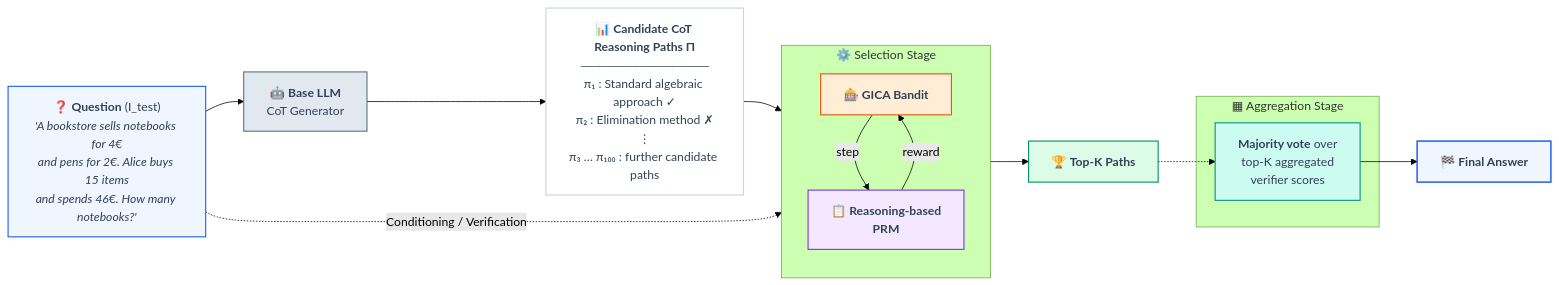
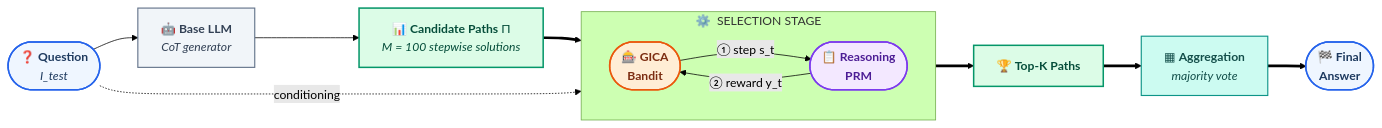
One commit to mohsen1amiri/GICA changed the first of 3 diagrams in README.md. Above: the diagram before and after it, drawn with Mermaid (forest theme). The commit also changed other lines of this file, not shown here.

First line of the commit message:
Improve README with clearer explanations and diagrams

````diff
--- a/README.md
+++ b/README.md
@@ -214,45 +214,36 @@
 ```mermaid
 flowchart LR
-    Q["❓ <b>Question</b> (I_test)<br/><i>'A bookstore sells notebooks for 4€<br/>and pens for 2€. Alice buys 15 items<br/>and spends 46€. How many notebooks?'</i>"]
-    LLM["🤖 <b>Base LLM</b><br/>CoT Generator"]
-    PATHS["📊 <b>Candidate CoT Reasoning Paths Π</b><br/>──────────────<br/>π₁ : Standard algebraic approach ✓<br/>π₂ : Elimination method ✗<br/>⋮<br/>π₃ … π₁₀₀ : further candidate paths"]
+    Q(["❓ <b>Question</b><br/><i>I_test</i>"])
+    LLM["🤖 <b>Base LLM</b><br/><i>CoT generator</i>"]
+    PATHS["📊 <b>Candidate Paths</b> Π<br/><i>M = 100 stepwise solutions</i>"]
 
-    subgraph SEL ["⚙️ Selection Stage"]
-        direction TB
-        GICA["🎰 <b>GICA Bandit</b>"]
-        PRM["📋 <b>Reasoning-based<br/>PRM</b>"]
-        GICA -- "step" --> PRM
-        PRM -- "reward" --> GICA
+    subgraph SEL ["⚙️ &nbsp;SELECTION STAGE"]
+        direction LR
+        GICA(["🎰 <b>GICA</b><br/><b>Bandit</b>"])
+        PRM(["📋 <b>Reasoning</b><br/><b>PRM</b>"])
+        GICA -- "① step s_t" --> PRM
+        PRM -- "② reward y_t" --> GICA
     end
 
     TOPK["🏆 <b>Top-K Paths</b>"]
+    AGG["▦ <b>Aggregation</b><br/><i>majority vote</i>"]
+    ANS(["🏁 <b>Final</b><br/><b>Answer</b>"])
 
-    subgraph AGG ["▦ Aggregation Stage"]
-        MV["<b>Majority vote</b> over<br/>top-K aggregated<br/>verifier scores"]
-    end
+    Q --> LLM --> PATHS ==> GICA
+    GICA ==> TOPK ==> AGG ==> ANS
+    Q -. "conditioning" .-> PRM
 
-    PRED["🏁 <b>Final Answer</b>"]
+    classDef io      fill:#EFF6FF,stroke:#2563EB,stroke-width:2px,color:#1E3A5F;
+    classDef llm     fill:#F1F5F9,stroke:#64748B,stroke-width:1.5px,color:#334155;
+    classDef bandit  fill:#FFEDD5,stroke:#EA580C,stroke-width:2px,color:#7C2D12;
+    classDef prm     fill:#F3E8FF,stroke:#7C3AED,stroke-width:2px,color:#4C1D95;
+    classDef topk    fill:#DCFCE7,stroke:#059669,stroke-width:2px,color:#064E3B;
+    classDef agg     fill:#CCFBF1,stroke:#0D9488,stroke-width:1.5px,color:#134E4A;
 
-    Q --> LLM --> PATHS --> GICA
-    GICA --> TOPK
-    TOPK -.-> MV --> PRED
-    Q -. "Conditioning / Verification" .-> PRM
-
-    classDef inputCls   fill:#EFF6FF,stroke:#2563EB,stroke-width:1.5px,color:#334155;
-    classDef llmCls     fill:#E2E8F0,stroke:#64748B,stroke-width:1.5px,color:#334155;
-    classDef pathCls    fill:#FFFFFF,stroke:#CBD5E1,stroke-width:1.5px,color:#334155;
-    classDef banditCls  fill:#FFEDD5,stroke:#EA580C,stroke-width:1.5px,color:#334155;
-    classDef prmCls     fill:#F3E8FF,stroke:#7C3AED,stroke-width:1.5px,color:#334155;
-    classDef topkCls    fill:#DCFCE7,stroke:#059669,stroke-width:1.5px,color:#334155;
-    classDef aggCls     fill:#CCFBF1,stroke:#0D9488,stroke-width:1.5px,color:#334155;
-    classDef finalCls   fill:#EFF6FF,stroke:#2563EB,stroke-width:2px,color:#334155;
-
-    class Q inputCls;
-    class LLM llmCls;
-    class PATHS pathCls;
-    class GICA banditCls;
-    class PRM prmCls;
-    class TOPK topkCls;
-    class MV aggCls;
-    class PRED finalCls;
+    class Q,ANS io;
+    class LLM llm;
+    class PATHS,TOPK topk;
+    class GICA bandit;
+    class PRM prm;
+    class AGG agg;
 ```
````
